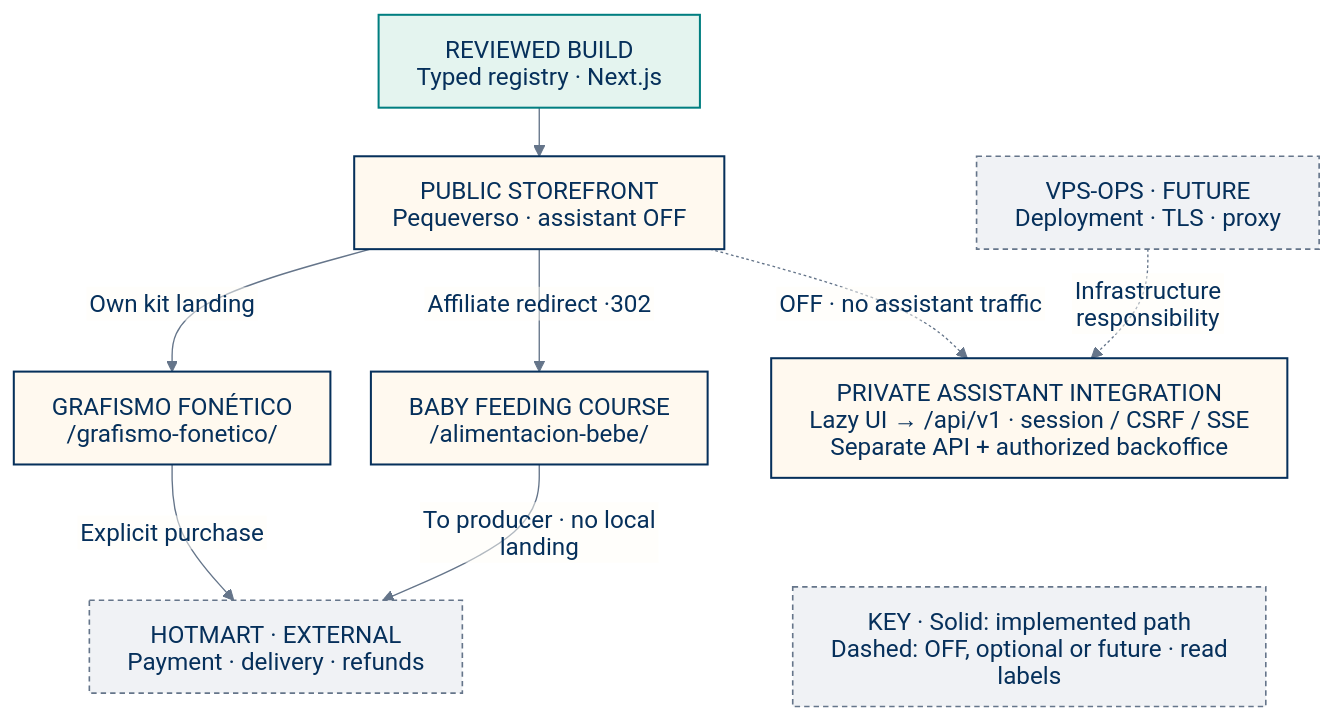
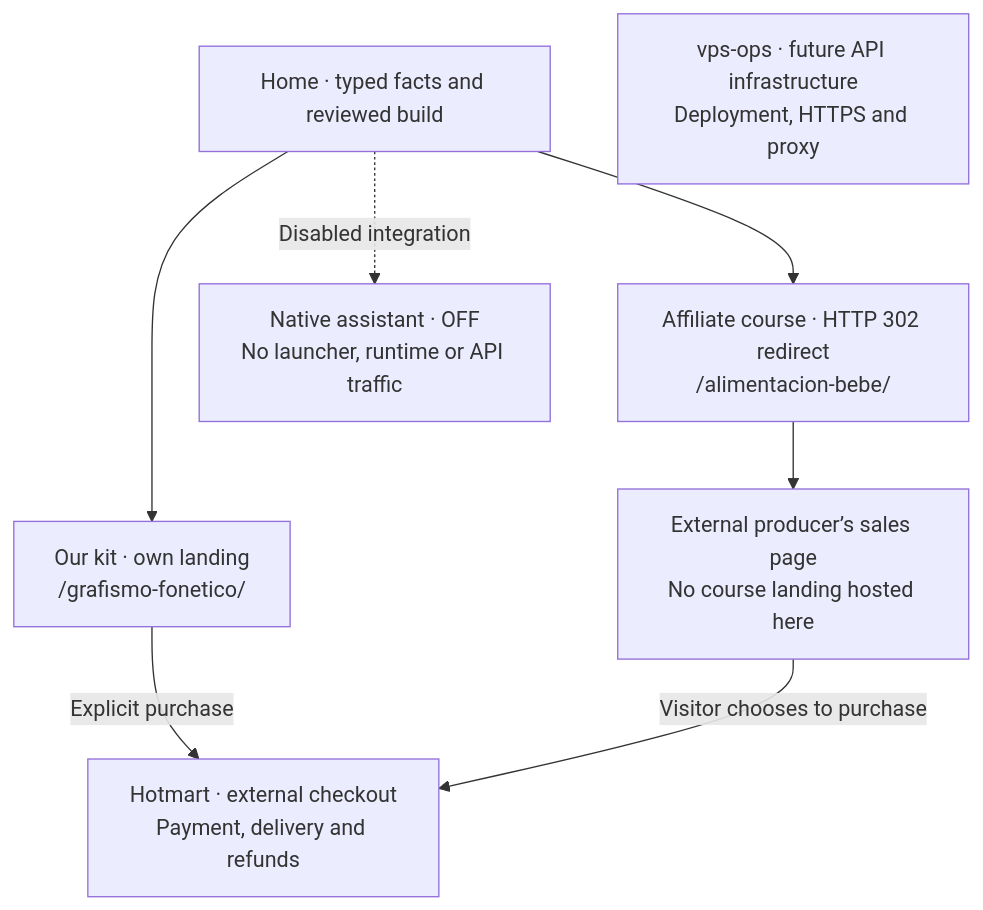
Before and after one commit to gonzalomartinperez/pequeverso: the diagram in docs/architecture/system-light.mmd, drawn with Mermaid. The commit also changed 6 other files, not shown here.

First line of the commit message:
docs: author readable storefront architecture diagrams

```diff
--- a/docs/architecture/system-light.mmd
+++ b/docs/architecture/system-light.mmd
@@ -1,21 +1,10 @@
----
-{"config": {"theme": "base", "look": "classic", "fontFamily": "Arial, sans-serif", "htmlLabels": false, "themeVariables": {"background": "#fffdf8", "primaryTextColor": "#06305b", "lineColor": "#65758a", "clusterBkg": "#fffdf8", "clusterBorder": "#65758a", "edgeLabelBackground": "#fffdf8", "fontSize": "18px", "textColor": "#06305b", "titleColor": "#06305b", "nodeTextColor": "#06305b", "clusterTextColor": "#06305b"}, "flowchart": {"curve": "basis", "nodeSpacing": 30, "rankSpacing": 36, "padding": 14, "htmlLabels": false, "wrappingWidth": 340}, "markdownAutoWrap": false, "themeCSS": ".cluster-label text,.nodeLabel,.edgeLabel text,.label text{fill:#06305b!important;} .edgeLabel rect,.edgeLabel polygon{fill:#fffdf8!important;opacity:1!important;}"}}
----
 flowchart TB
-  accTitle: Pequeverso storefront components and boundaries
-  accDescr: Public store with separate kit landing and affiliate redirect. Private native assistant remains disabled. Hotmart owns commerce. vps-ops owns future infrastructure.
-  Build["REVIEWED BUILD<br/>Typed registry · Next.js"] --> Store["PUBLIC STOREFRONT<br/>Pequeverso · assistant OFF"]
-  Store -->|"Own kit landing"| Kit["GRAFISMO FONÉTICO<br/>/grafismo-fonetico/"]
-  Store -->|"Affiliate redirect ·302"| Course["BABY FEEDING COURSE<br/>/alimentacion-bebe/"]
-  Kit -->|"Explicit purchase"| Hotmart["HOTMART · EXTERNAL<br/>Payment · delivery · refunds"]
-  Course -->|"To producer · no local landing"| Hotmart
-  Store -. "OFF · no assistant traffic" .-> Native["PRIVATE ASSISTANT INTEGRATION<br/>Lazy UI → /api/v1 · session / CSRF / SSE<br/>Separate API + authorized backoffice"]
-  Ops["VPS-OPS · FUTURE<br/>Deployment · TLS · proxy"] -. "Infrastructure responsibility" .-> Native
-  Native ~~~ Legend["KEY · Solid: implemented path<br/>Dashed: OFF, optional or future · read labels"]
-  class Store,Kit,Course,Native app
-  class Build data
-  class Hotmart,Ops,Legend external
-  classDef person fill:#fff1d8,stroke:#06305b,color:#06305b,stroke-width:1.5px;
-  classDef app fill:#fff9ef,stroke:#06305b,color:#06305b,stroke-width:1.5px;
-  classDef data fill:#e4f4ef,stroke:#007e80,color:#06305b,stroke-width:1.5px;
-  classDef external fill:#f0f2f5,stroke:#65758a,color:#06305b,stroke-width:1.2px,stroke-dasharray:4 3;
+  accTitle: Pequeverso storefront product paths and disabled assistant
+  accDescr: Home opens the kit landing or affiliate redirect. The external producer has its own sales page. Visitors explicitly choose Hotmart checkout. The assistant stays disabled and deployment belongs to vps-ops.
+  Home["Home · typed facts and reviewed build"] --> Kit["Our kit · own landing<br/>/grafismo-fonetico/"]
+  Home --> Course["Affiliate course · HTTP 302 redirect<br/>/alimentacion-bebe/"]
+  Kit -->|Explicit purchase| Checkout["Hotmart · external checkout<br/>Payment, delivery and refunds"]
+  Course --> Producer["External producer’s sales page<br/>No course landing hosted here"]
+  Producer -->|Visitor chooses to purchase| Checkout
+  Home -. Disabled integration .-> Assistant["Native assistant · OFF<br/>No launcher, runtime or API traffic"]
+  Ops["vps-ops · future API infrastructure<br/>Deployment, HTTPS and proxy"]
```
